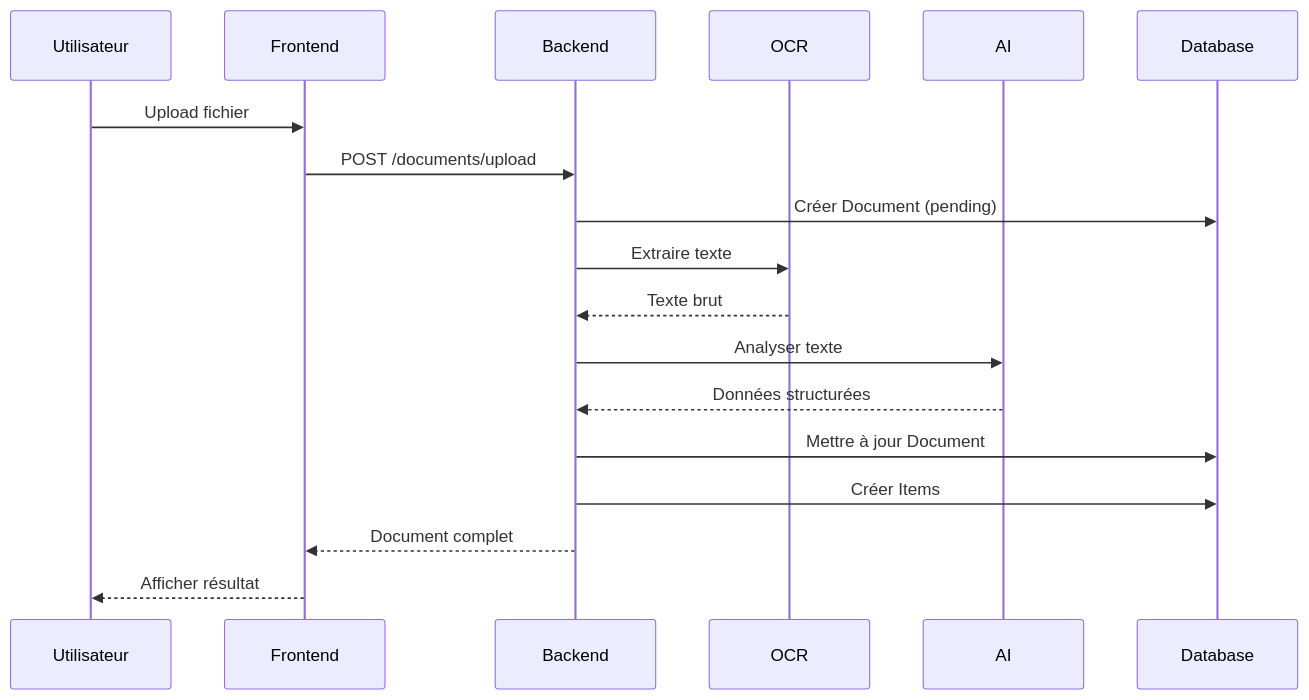
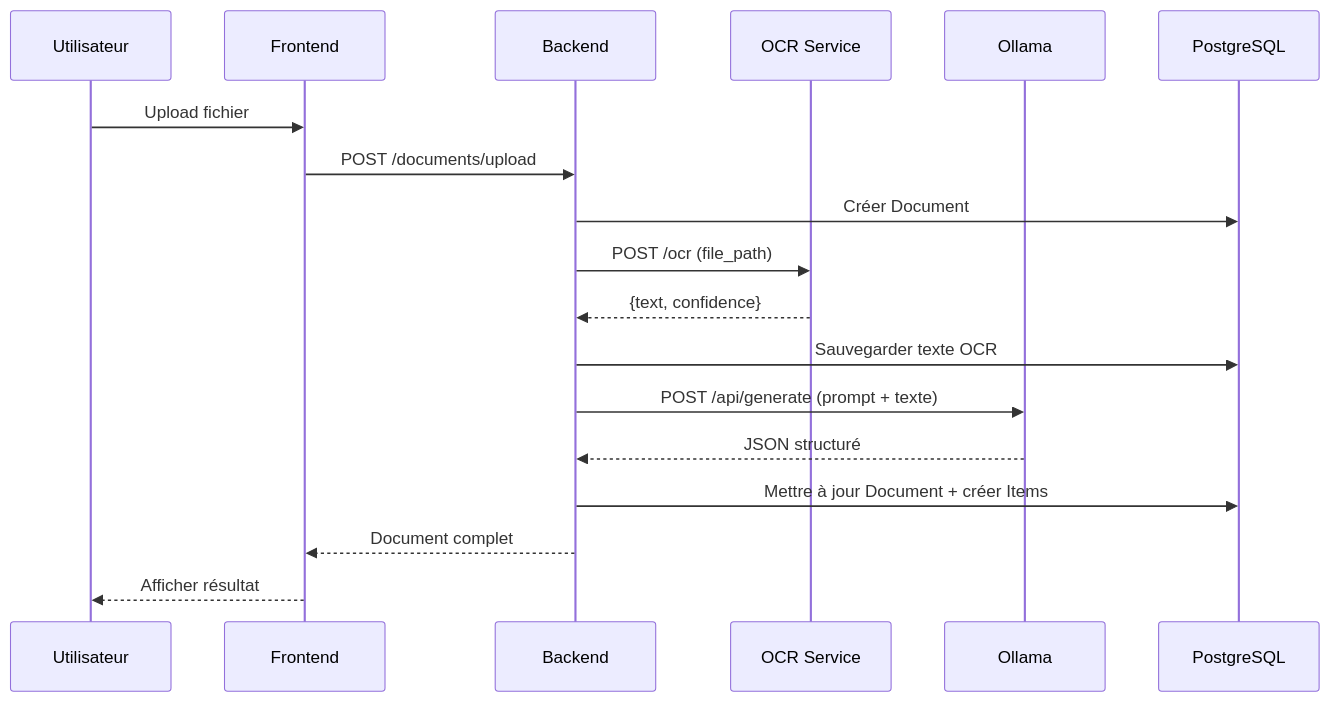
Before and after one commit to R0b-1ns/Kash: the first of 2 diagrams in docs_src/architecture/overview.md, drawn with Mermaid. The commit also changed other lines of this file and 2 other files, not shown here.

First line of the commit message:
docs: Update architecture documentation for microservices

````diff
--- a/docs_src/architecture/overview.md
+++ b/docs_src/architecture/overview.md
@@ -67,21 +105,21 @@
 ```mermaid
 sequenceDiagram
     participant U as Utilisateur
     participant F as Frontend
     participant B as Backend
-    participant O as OCR
-    participant A as AI
-    participant D as Database
+    participant OCR as OCR Service
+    participant AI as Ollama
+    participant D as PostgreSQL
 
     U->>F: Upload fichier
     F->>B: POST /documents/upload
-    B->>D: Créer Document (pending)
-    B->>O: Extraire texte
-    O-->>B: Texte brut
-    B->>A: Analyser texte
-    A-->>B: Données structurées
-    B->>D: Mettre à jour Document
-    B->>D: Créer Items
+    B->>D: Créer Document
+    B->>OCR: POST /ocr (file_path)
+    OCR-->>B: {text, confidence}
+    B->>D: Sauvegarder texte OCR
+    B->>AI: POST /api/generate (prompt + texte)
+    AI-->>B: JSON structuré
+    B->>D: Mettre à jour Document + créer Items
     B-->>F: Document complet
     F-->>U: Afficher résultat
 ```
````
